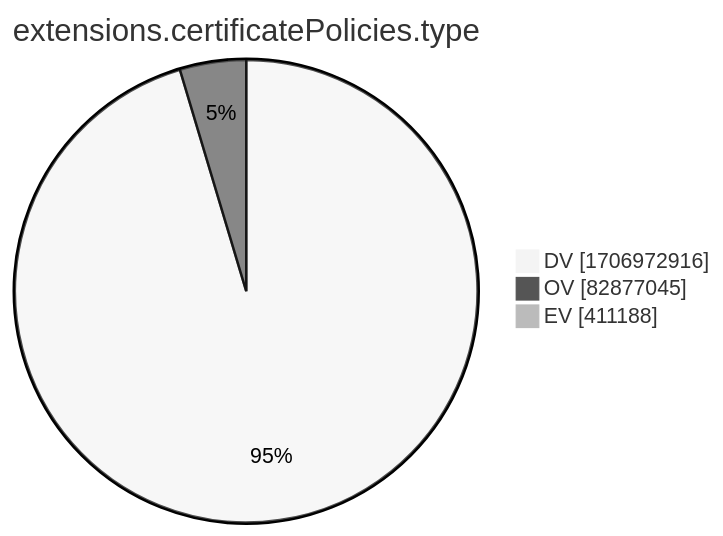
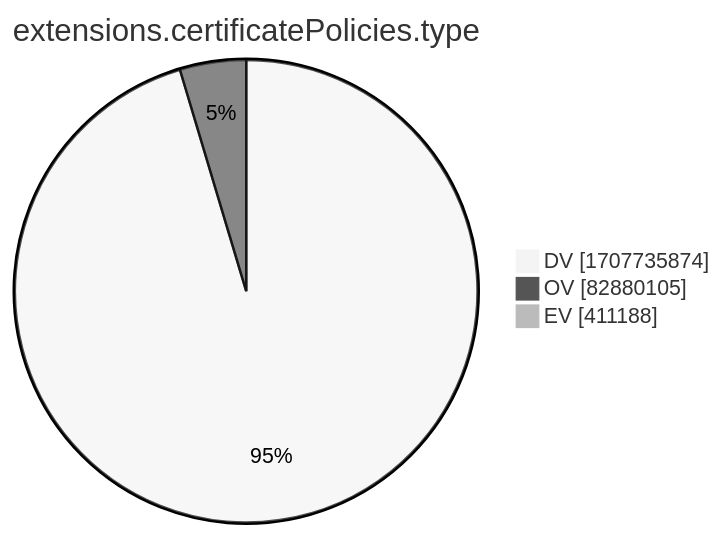
Before and after one commit to christiankrug/ctmonitor_visualization: the tenth of 15 diagrams in xenon2022/README.md, drawn with Mermaid (neutral theme). The commit also changed other lines of this file, not shown here.

````diff
--- a/xenon2022/README.md
+++ b/xenon2022/README.md
@@ -2881,7 +2881,7 @@
 ```mermaid
 pie showData
 title extensions.certificatePolicies.type
-"DV" :1706972916
-"OV" :82877045
+"DV" :1707735874
+"OV" :82880105
 "EV" :411188
 ```
````
